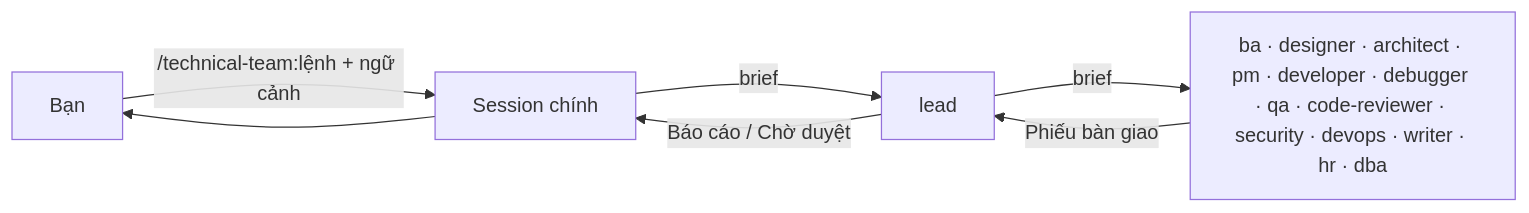
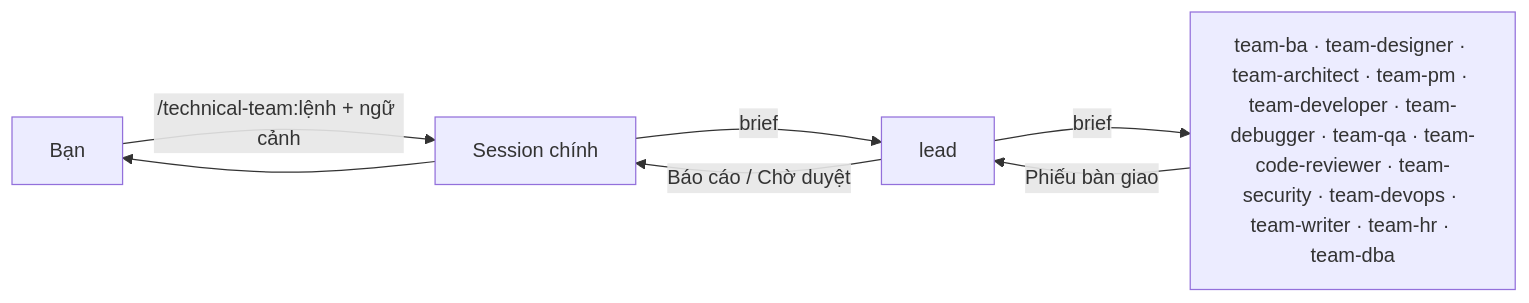
One commit to Tuan-Quyen/technical-teams changed the first of 4 diagrams in README.md. Above: the diagram before and after it, drawn with Mermaid. The commit also changed other lines of this file and 48 other files, not shown here.

````diff
--- a/README.md
+++ b/README.md
@@ -13,8 +14,8 @@
 ```mermaid
 flowchart LR
   U[Bạn] -->|/technical-team:lệnh + ngữ cảnh| M[Session chính]
   M -->|brief| L[lead]
-  L -->|brief| T[ba · designer · architect · pm · developer · debugger · qa · code-reviewer · security · devops · writer · hr · dba]
+  L -->|brief| T[team-ba · team-designer · team-architect · team-pm · team-developer · team-debugger · team-qa · team-code-reviewer · team-security · team-devops · team-writer · team-hr · team-dba]
   T -->|Phiếu bàn giao| L
   L -->|Báo cáo / Chờ duyệt| M --> U
 ```
````
